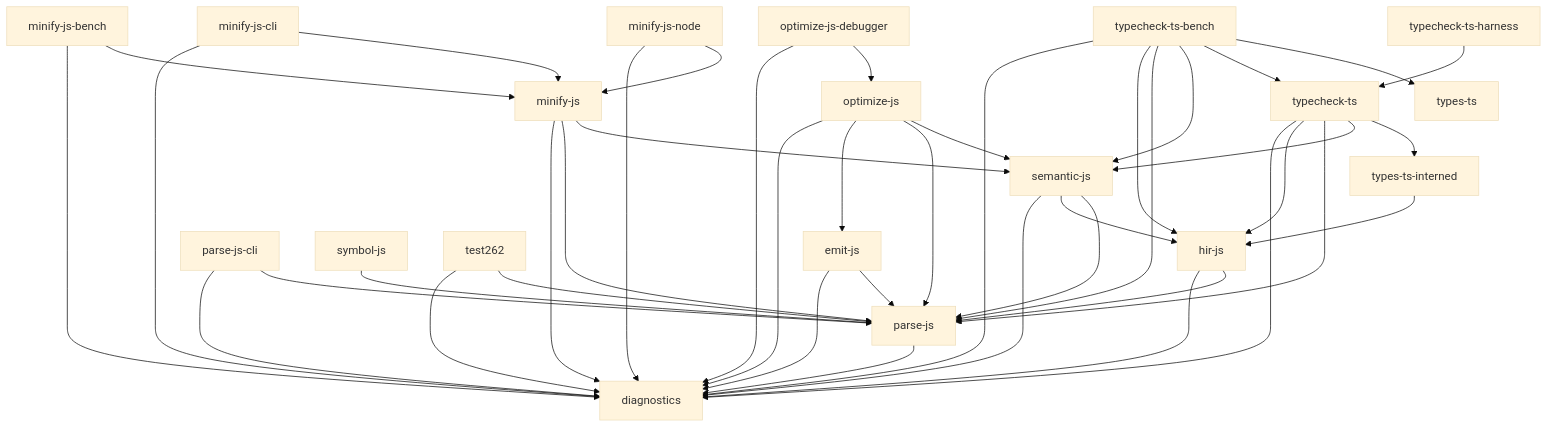
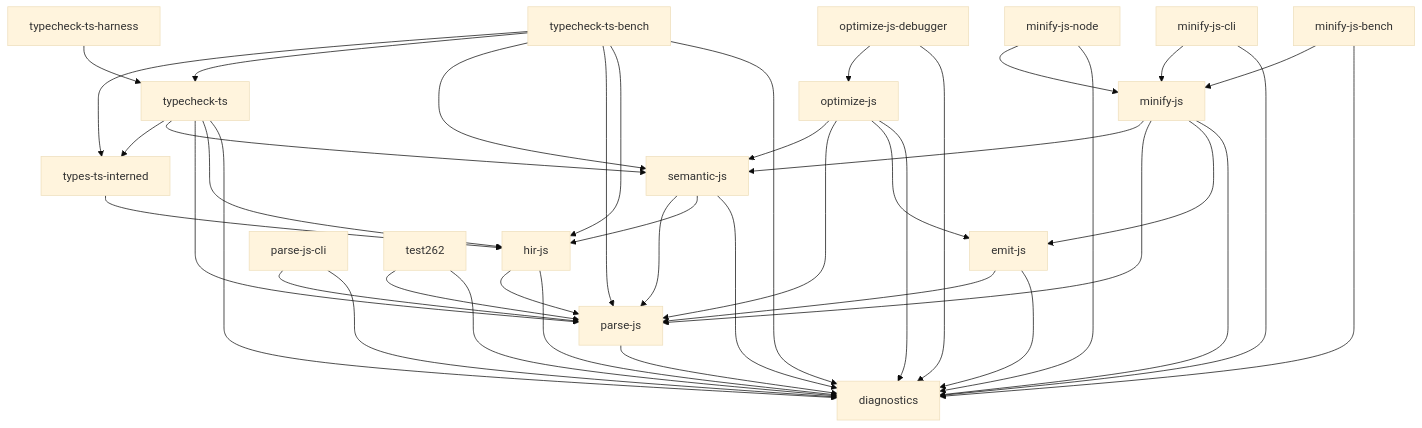
One commit to wilsonzlin/ecma-rs changed the diagram in docs/deps.md. Above: the diagram before and after it, drawn with Mermaid (base theme). The commit also changed 6 other files, not shown here.

Commit message:
chore: finalize symbol-js removal and fix typecheck build

````diff
--- a/docs/deps.md
+++ b/docs/deps.md
@@ -7,63 +7,61 @@
 ```mermaid
 graph TD
     diagnostics["diagnostics"]
     emit_js["emit-js"]
     hir_js["hir-js"]
     minify_js["minify-js"]
     minify_js_bench["minify-js-bench"]
     minify_js_cli["minify-js-cli"]
     minify_js_node["minify-js-node"]
     optimize_js["optimize-js"]
     optimize_js_debugger["optimize-js-debugger"]
     parse_js["parse-js"]
     parse_js_cli["parse-js-cli"]
     semantic_js["semantic-js"]
-    symbol_js["symbol-js"]
     test262["test262"]
     typecheck_ts["typecheck-ts"]
     typecheck_ts_bench["typecheck-ts-bench"]
     typecheck_ts_harness["typecheck-ts-harness"]
-    types_ts["types-ts"]
     types_ts_interned["types-ts-interned"]
     emit_js --> diagnostics
     emit_js --> parse_js
     hir_js --> diagnostics
     hir_js --> parse_js
     minify_js --> diagnostics
+    minify_js --> emit_js
     minify_js --> parse_js
     minify_js --> semantic_js
     minify_js_bench --> diagnostics
     minify_js_bench --> minify_js
     minify_js_cli --> diagnostics
     minify_js_cli --> minify_js
     minify_js_node --> diagnostics
     minify_js_node --> minify_js
     optimize_js --> diagnostics
     optimize_js --> emit_js
     optimize_js --> parse_js
     optimize_js --> semantic_js
     optimize_js_debugger --> diagnostics
     optimize_js_debugger --> optimize_js
     parse_js --> diagnostics
     parse_js_cli --> diagnostics
     parse_js_cli --> parse_js
     semantic_js --> diagnostics
     semantic_js --> hir_js
     semantic_js --> parse_js
-    symbol_js --> parse_js
     test262 --> diagnostics
     test262 --> parse_js
     typecheck_ts --> diagnostics
     typecheck_ts --> hir_js
     typecheck_ts --> parse_js
     typecheck_ts --> semantic_js
     typecheck_ts --> types_ts_interned
     typecheck_ts_bench --> diagnostics
     typecheck_ts_bench --> hir_js
     typecheck_ts_bench --> parse_js
     typecheck_ts_bench --> semantic_js
     typecheck_ts_bench --> typecheck_ts
-    typecheck_ts_bench --> types_ts
+    typecheck_ts_bench --> types_ts_interned
     typecheck_ts_harness --> typecheck_ts
     types_ts_interned --> hir_js
 ```
````
